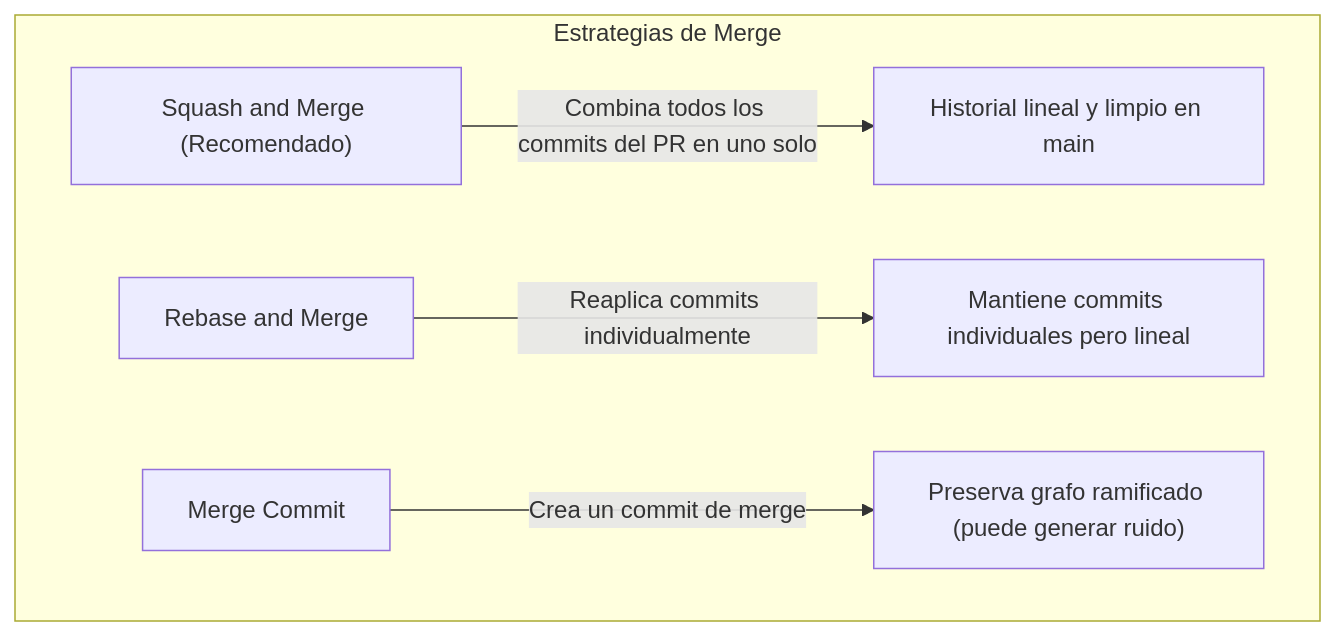
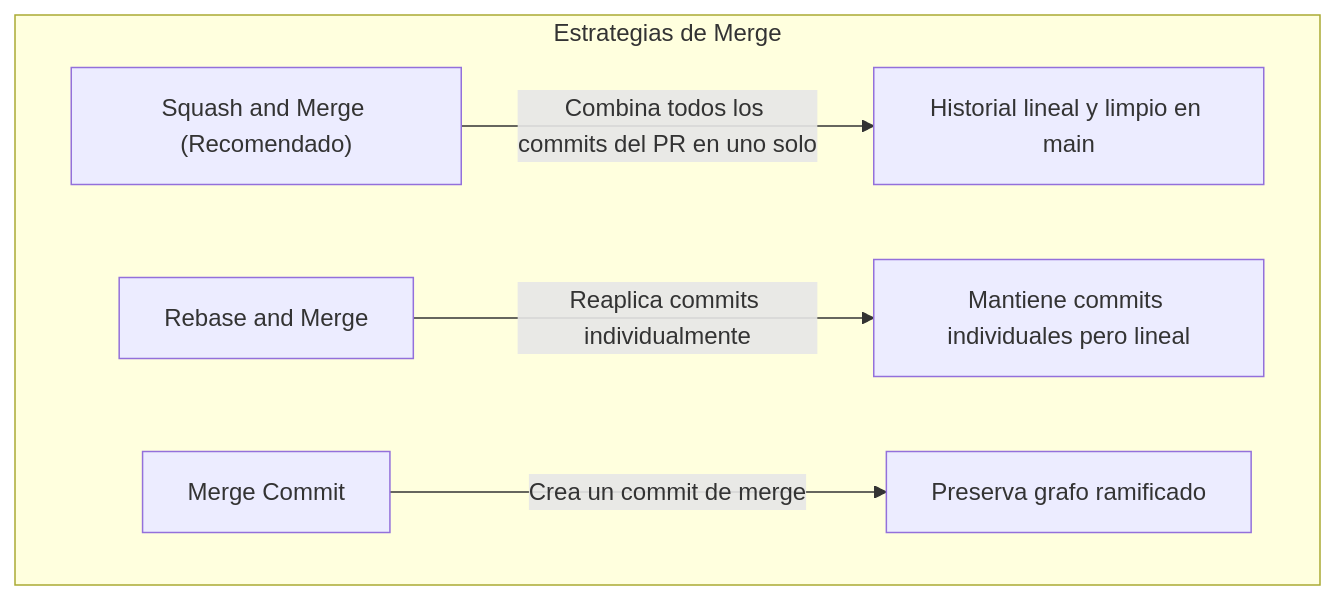
The third of 3 diagrams in docs/best-practices/MEJORES_PRACTICAS_GIT.md (rocapellino/pokedex), drawn with Mermaid before and after one commit. The commit also changed other lines of this file and 1 other file, not shown here.

````diff
--- a/docs/best-practices/MEJORES_PRACTICAS_GIT.md
+++ b/docs/best-practices/MEJORES_PRACTICAS_GIT.md
@@ -150,8 +186,8 @@
 ```mermaid
 flowchart TD
     subgraph Opciones["Estrategias de Merge"]
         A["Squash and Merge (Recomendado)"] -->|Combina todos los commits del PR en uno solo| D["Historial lineal y limpio en main"]
         B["Rebase and Merge"] -->|Reaplica commits individualmente| E["Mantiene commits individuales pero lineal"]
-        C["Merge Commit"] -->|Crea un commit de merge| F["Preserva grafo ramificado (puede generar ruido)"]
+        C["Merge Commit"] -->|Crea un commit de merge| F["Preserva grafo ramificado"]
     end
 ```
````
